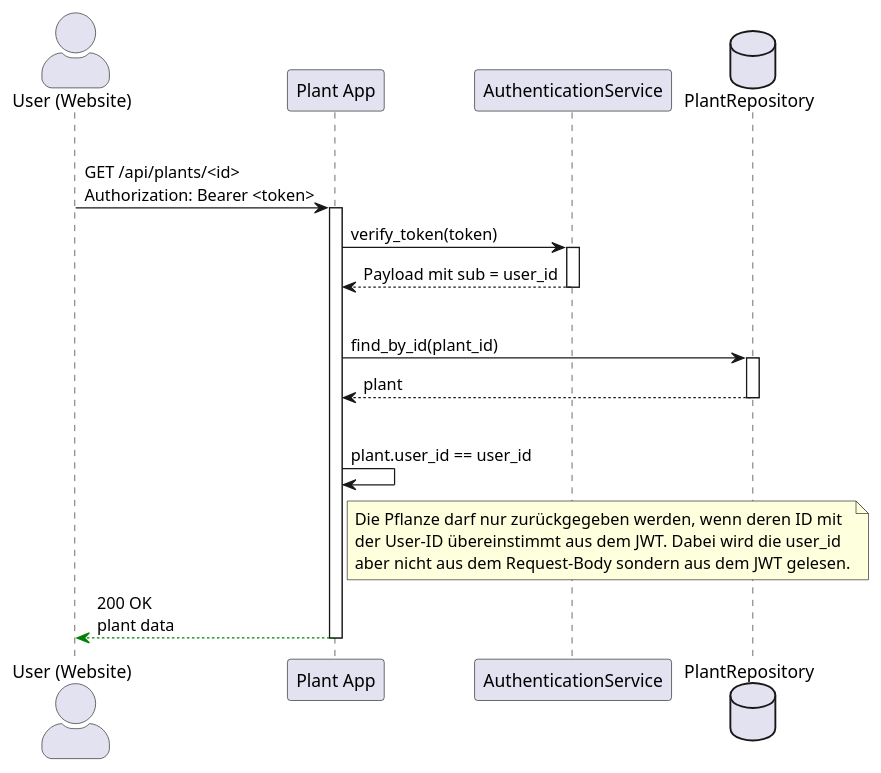
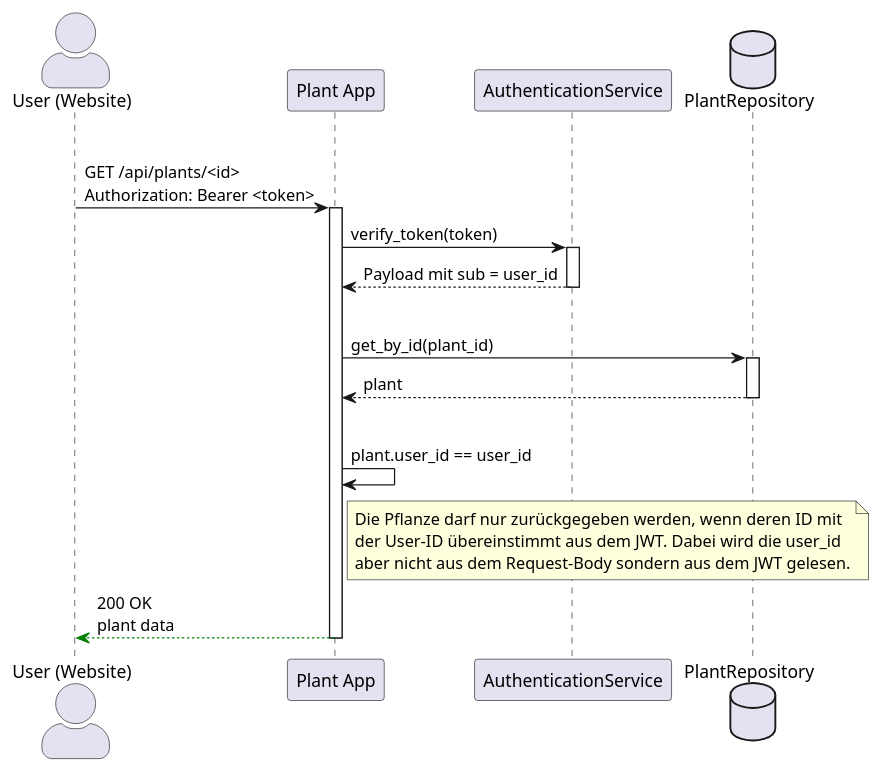
The diagram in diagrams/us3_get_plant_valid_request.puml (Annika-Ostendorp/pflanzenkalender-teil-2), drawn with PlantUML before and after one commit. The commit also changed 1 other file, not shown here.

Commit message:
Rename find_by_id() in sequence diagrams to get_by_id() for consistency bewteen code and diagrams

```diff
--- a/diagrams/us3_get_plant_valid_request.puml
+++ b/diagrams/us3_get_plant_valid_request.puml
@@ -1,46 +1,46 @@
 @startuml get_plant_valid_request
 skinparam actorStyle awesome
 
 actor "User (Website)" as User
 participant "Plant App" as App
 participant "AuthenticationService" as Service
 database "PlantRepository" as Repo
 
 |||
 
 'geschützter Endpunkt wird mit gültigem JWT aufgerufen'
 User -> App : GET /api/plants/<id>\nAuthorization: Bearer <token>
 activate App
 
 'JWT auf Gültigkeit prüfen'
 App -> Service : verify_token(token)
 activate Service
 
 'gültiges JWT -> eindeutige Nutzer-ID (sub) wird zurückgegeben (siehe KI-Issue #23)'
 Service --> App : Payload mit sub = user_id 
 deactivate Service
 
 |||
 
 'Pflanze anhand ID suchen & gefundene Pflanze dann zurückgeben'
-App -> Repo : find_by_id(plant_id)
+App -> Repo : get_by_id(plant_id)
 activate Repo
 Repo --> App : plant
 deactivate Repo
 
 |||
 
 'zum Datenschutz -> stimmen user_id aus JWT & user_id der Pflanze überein? -> nur dann darf Pflanze zurückgegeben werden'
 App -> App : plant.user_id == user_id
 
 note right of App
     Die Pflanze darf nur zurückgegeben werden, wenn deren ID mit 
     der User-ID übereinstimmt aus dem JWT. Dabei wird die user_id 
     aber nicht aus dem Request-Body sondern aus dem JWT gelesen.
 endnote
 
 'am Ende erfolgreich die geforderten Pflanzen-Daten zurückgeben'
 App --[#green]> User : 200 OK\nplant data
 deactivate App
 
 @enduml
```
